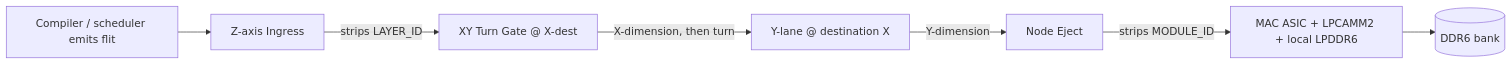
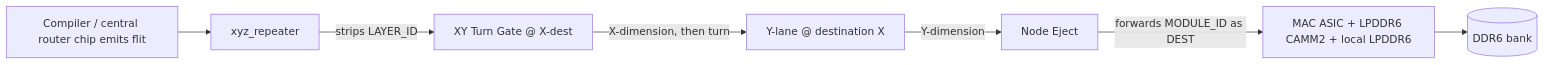
One commit to im-BowenGu/PNM-Arch changed the second of 4 diagrams in README.md. Above: the diagram before and after it, drawn with Mermaid. The commit also changed other lines of this file and 15 other files, not shown here.

First line of the commit message:
192-bit LPDDR6 CAMM2, CRC16+doorbell DMA, DEST-in-CRC wire format

````diff
--- a/README.md
+++ b/README.md
@@ -80,9 +92,9 @@
 ```mermaid
 flowchart LR
-    inj[Compiler / scheduler emits flit] --> ingress[Z-axis Ingress]
-    ingress -->|strips LAYER_ID| xgate[XY Turn Gate @ X-dest]
+    inj[Compiler / central router chip emits flit] --> rpt[xyz_repeater]
+    rpt -->|strips LAYER_ID| xgate[XY Turn Gate @ X-dest]
     xgate -->|X-dimension, then turn| ygate[Y-lane @ destination X]
     ygate -->|Y-dimension| eject[Node Eject]
-    eject -->|strips MODULE_ID| node[MAC ASIC + LPCAMM2 + local LPDDR6]
+    eject -->|forwards MODULE_ID as DEST| node[MAC ASIC + LPDDR6 CAMM2 + local LPDDR6]
     node --> dma[(DDR6 bank)]
 ```
````
